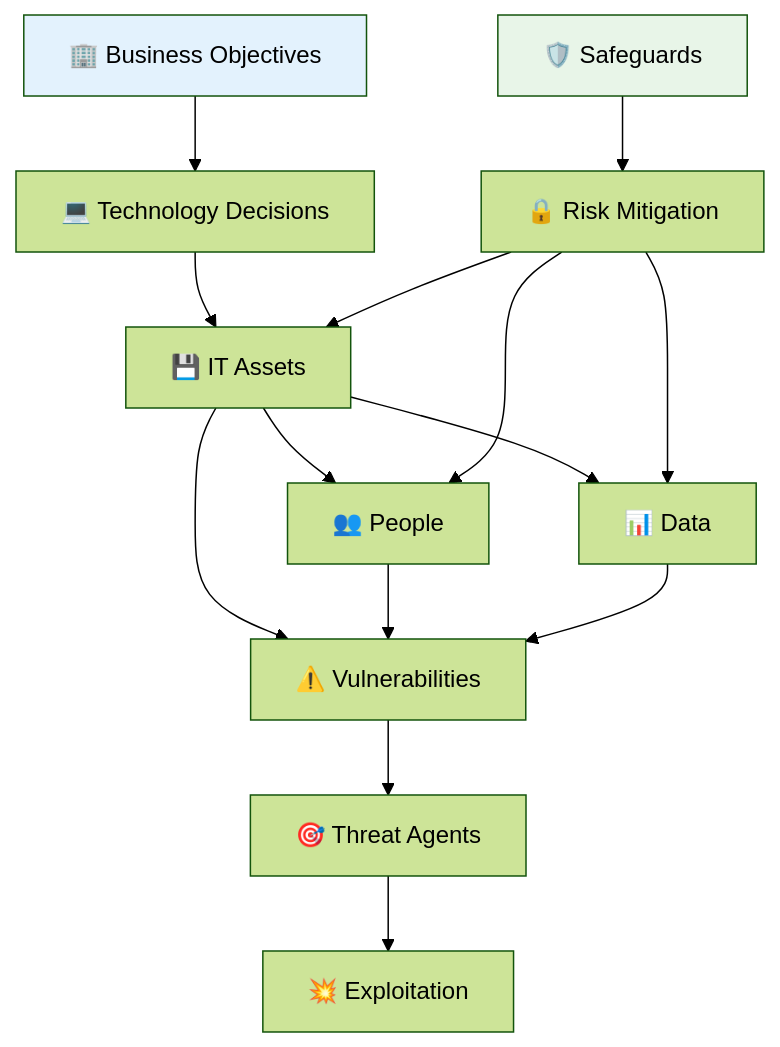
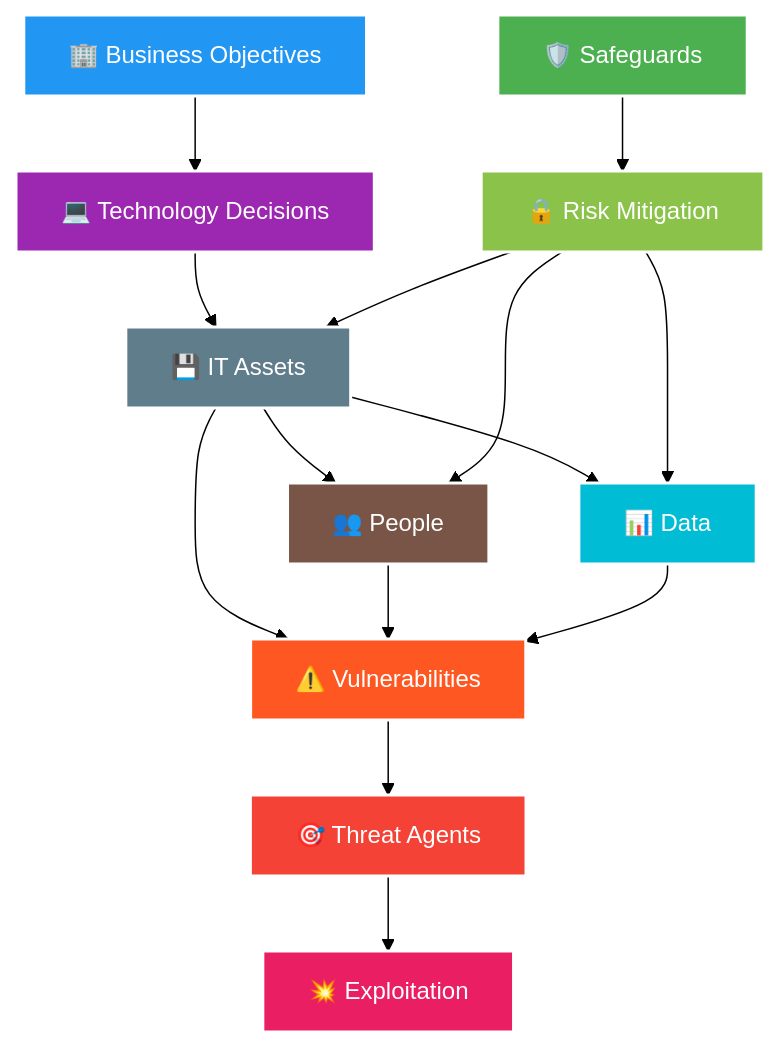
The eighth of 10 diagrams in DEF.md (josamontiel/Detection-Engineering-Framework), drawn with Mermaid (forest theme) before and after one commit. The commit also changed other lines of this file, not shown here.

````diff
--- a/DEF.md
+++ b/DEF.md
@@ -374,22 +370,30 @@
 ```mermaid
 graph TD
     A[🏢 Business Objectives] --> B[💻 Technology Decisions]
     B --> C[💾 IT Assets]
     C --> D[👥 People]
     C --> E[📊 Data]
     
     F[⚠️ Vulnerabilities] --> G[🎯 Threat Agents]
     G --> H[💥 Exploitation]
     
     C --> F
     D --> F
     E --> F
     
     I[🛡️ Safeguards] --> J[🔒 Risk Mitigation]
     J --> C
     J --> D
     J --> E
     
-    style A fill:#e3f2fd
-    style I fill:#e8f5e8
+    style A fill:#2196F3,stroke:#fff,stroke-width:2px,color:#fff
+    style B fill:#9C27B0,stroke:#fff,stroke-width:2px,color:#fff
+    style C fill:#607D8B,stroke:#fff,stroke-width:2px,color:#fff
+    style D fill:#795548,stroke:#fff,stroke-width:2px,color:#fff
+    style E fill:#00BCD4,stroke:#fff,stroke-width:2px,color:#fff
+    style F fill:#FF5722,stroke:#fff,stroke-width:2px,color:#fff
+    style G fill:#F44336,stroke:#fff,stroke-width:2px,color:#fff
+    style H fill:#E91E63,stroke:#fff,stroke-width:2px,color:#fff
+    style I fill:#4CAF50,stroke:#fff,stroke-width:2px,color:#fff
+    style J fill:#8BC34A,stroke:#fff,stroke-width:2px,color:#fff
 ```
````
